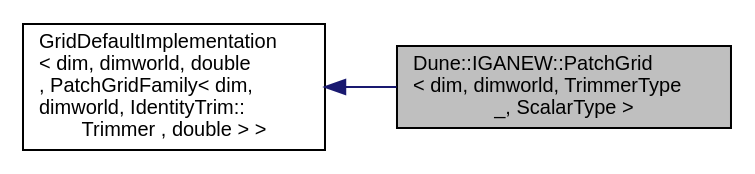
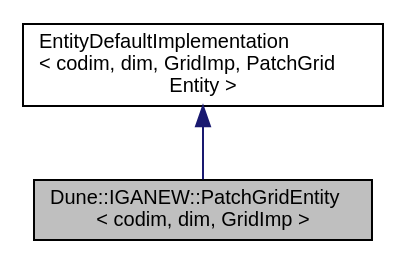
The diagram in dd/de9/a01182.dot (rath3t/dune-iga-doc), drawn with Graphviz before and after one commit. The commit also changed 583 other files, not shown here.

```diff
--- a/dd/de9/a01182.dot
+++ b/dd/de9/a01182.dot
@@ -1,10 +1,9 @@
-digraph "Dune::IGANEW::PatchGrid&lt; dim, dimworld, TrimmerType_, ScalarType &gt;"
+digraph "Dune::IGANEW::PatchGridEntity&lt; codim, dim, GridImp &gt;"
 {
  // LATEX_PDF_SIZE
   edge [fontname="Helvetica",fontsize="10",labelfontname="Helvetica",labelfontsize="10"];
   node [fontname="Helvetica",fontsize="10",shape=record];
-  rankdir="LR";
-  Node1 [label="Dune::IGANEW::PatchGrid\l\< dim, dimworld, TrimmerType\l_, ScalarType \>",height=0.2,width=0.4,color="black", fillcolor="grey75", style="filled", fontcolor="black",tooltip="Provides a NURBS grid based on a single NURBS patch."];
+  Node1 [label="Dune::IGANEW::PatchGridEntity\l\< codim, dim, GridImp \>",height=0.2,width=0.4,color="black", fillcolor="grey75", style="filled", fontcolor="black",tooltip="The implementation of entities in a PatchGrid."];
   Node2 -> Node1 [dir="back",color="midnightblue",fontsize="10",style="solid",fontname="Helvetica"];
-  Node2 [label="GridDefaultImplementation\l\< dim, dimworld, double\l , PatchGridFamily\< dim,\l dimworld, IdentityTrim::\lTrimmer , double  \> \>",height=0.2,width=0.4,color="black", fillcolor="white", style="filled",tooltip=" "];
+  Node2 [label="EntityDefaultImplementation\l\< codim, dim, GridImp, PatchGrid\lEntity \>",height=0.2,width=0.4,color="black", fillcolor="white", style="filled",tooltip=" "];
 }
```
